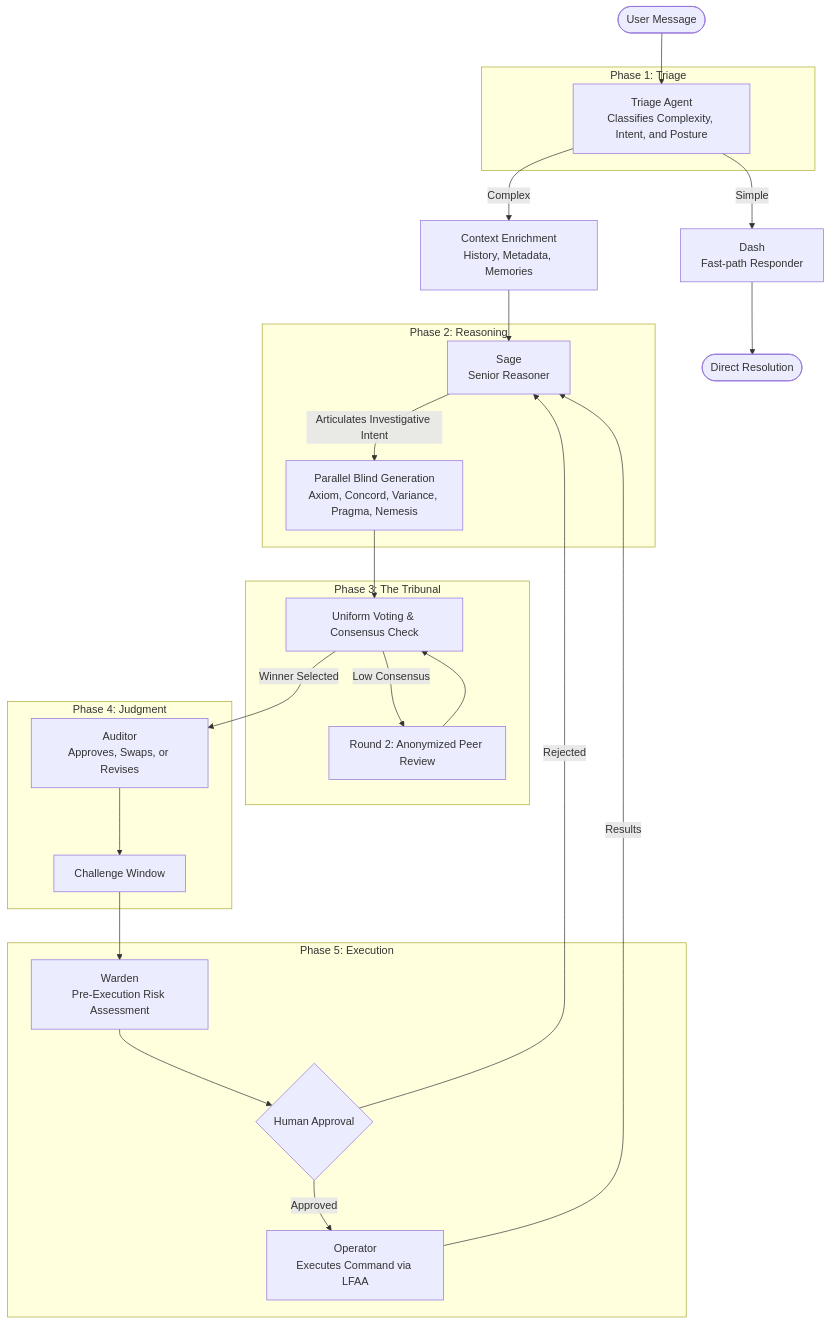
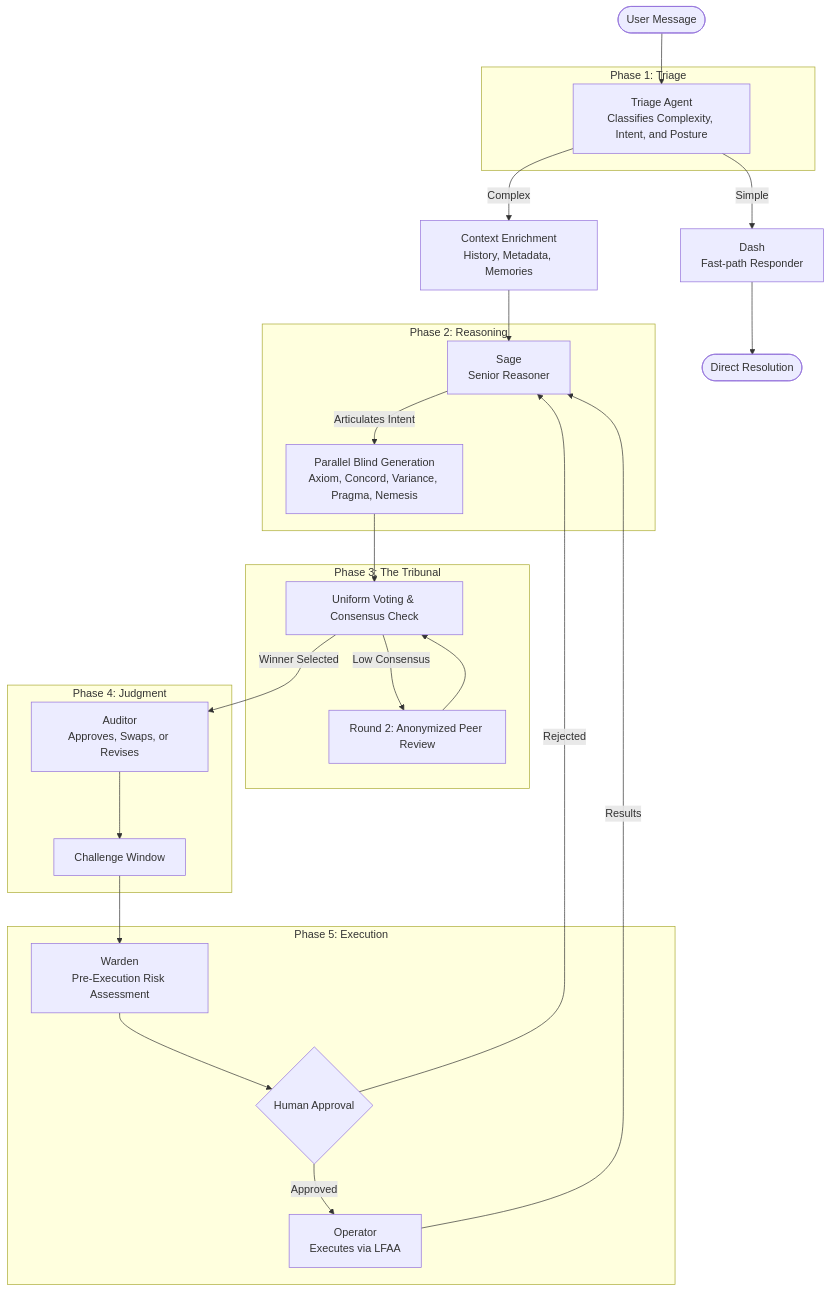
One commit to g8e-ai/g8e changed the first of 2 diagrams in README.md. Above: the diagram before and after it, drawn with Mermaid. The commit also changed other lines of this file and 56 other files, not shown here.

````diff
--- a/README.md
+++ b/README.md
@@ -59,41 +47,41 @@
 ```mermaid
 flowchart TD
     User([User Message]) --> Triage
 
     subgraph Phase_1 [Phase 1: Triage]
         Triage[Triage Agent<br>Classifies Complexity, Intent, and Posture]
     end
 
     Triage -- "Simple" --> Dash[Dash<br>Fast-path Responder]
     Dash --> Output([Direct Resolution])
 
     Triage -- "Complex" --> Context[Context Enrichment<br>History, Metadata, Memories]
     Context --> Sage[Sage<br>Senior Reasoner]
 
     subgraph Phase_2 [Phase 2: Reasoning]
-        Sage -- "Articulates Investigative Intent" --> Tribunal
+        Sage -- "Articulates Intent" --> Tribunal
     end
 
     subgraph Phase_3 [Phase 3: The Tribunal]
         Tribunal[Parallel Blind Generation<br>Axiom, Concord, Variance, Pragma, Nemesis]
         Tribunal --> Consensus[Uniform Voting & Consensus Check]
         Consensus -- "Low Consensus" --> R2[Round 2: Anonymized Peer Review]
         R2 --> Consensus
     end
 
     Consensus -- "Winner Selected" --> Auditor
 
     subgraph Phase_4 [Phase 4: Judgment]
         Auditor[Auditor<br>Approves, Swaps, or Revises]
         Auditor --> Challenge[Challenge Window]
     end
 
     subgraph Phase_5 [Phase 5: Execution]
         Challenge --> Warden[Warden<br>Pre-Execution Risk Assessment]
         Warden --> Human{Human Approval}
-        Human -- "Approved" --> Operator[Operator<br>Executes Command via LFAA]
+        Human -- "Approved" --> Operator[Operator<br>Executes via LFAA]
         Operator -- "Results" --> Sage
     end
-    
+
     Human -- "Rejected" --> Sage
 ```
````
